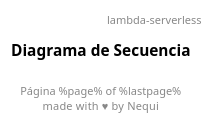
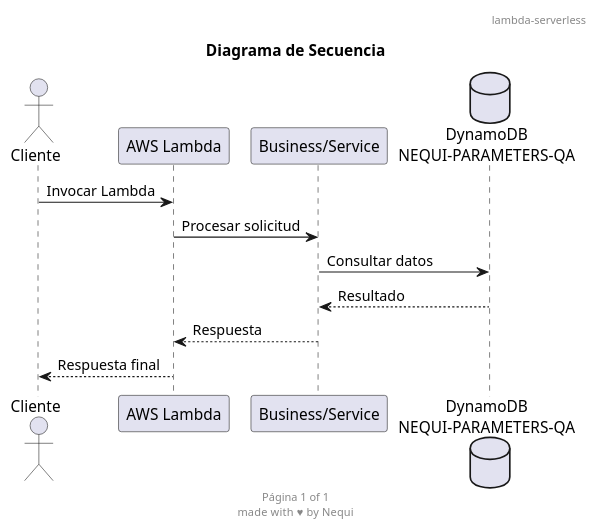
Before and after one commit to juanjimenezy/lambda-serverless: the diagram in diagrams/lambda-serverless-diagram.puml, drawn with PlantUML. The commit also changed 4 other files, not shown here.

```diff
--- a/diagrams/lambda-serverless-diagram.puml
+++ b/diagrams/lambda-serverless-diagram.puml
@@ -1,5 +1,17 @@
 @startuml
 header lambda-serverless
 footer Página %page% of %lastpage%\nmade with ♥ by Nequi
 title Diagrama de Secuencia
+
+actor Cliente
+participant "AWS Lambda" as Handler
+participant "Business/Service" as Business
+database "DynamoDB\nNEQUI-PARAMETERS-QA" as Dynamo
+
+Cliente -> Handler: Invocar Lambda
+Handler -> Business: Procesar solicitud
+Business -> Dynamo: Consultar datos
+Dynamo --> Business: Resultado
+Business --> Handler: Respuesta
+Handler --> Cliente: Respuesta final
 @enduml
```
